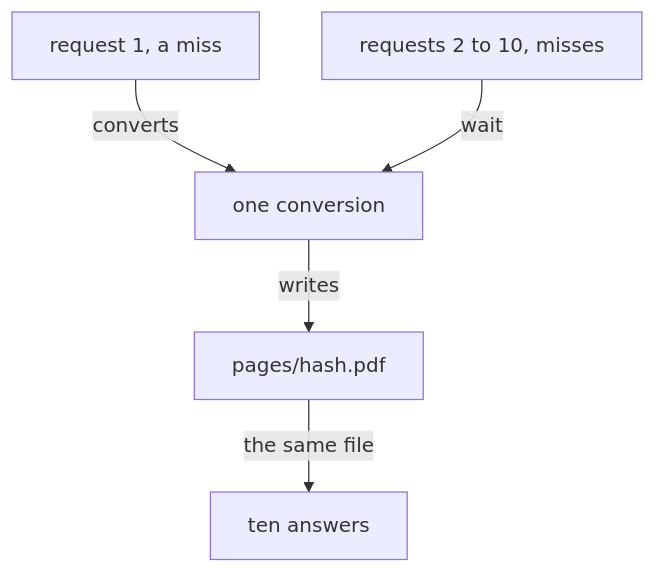
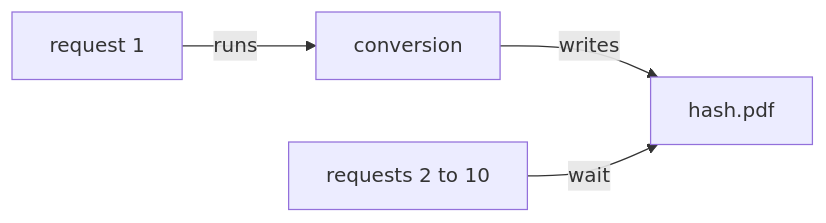
One commit to tinyshed/tinystore changed the diagram in docs/releases/v0.10.0.md. Above: the diagram before and after it, drawn with Mermaid.

Commit message:
docs(releases): draw 0.10.0's getOrCreate as one row, the waiting requests beside the file they wait for

````diff
--- a/docs/releases/v0.10.0.md
+++ b/docs/releases/v0.10.0.md
@@ -102,7 +102,6 @@
 ```mermaid
-flowchart TB
-  r1[request 1, a miss] -->|converts| run[one conversion]
-  r2[requests 2 to 10, misses] -->|wait| run
-  run -->|writes| file[pages/hash.pdf]
-  file -->|the same file| all[ten answers]
+flowchart LR
+  r1[request 1] -->|runs| run[conversion]
+  run -->|writes| file[hash.pdf]
+  r2[requests 2 to 10] -->|wait| file
 ```
````
